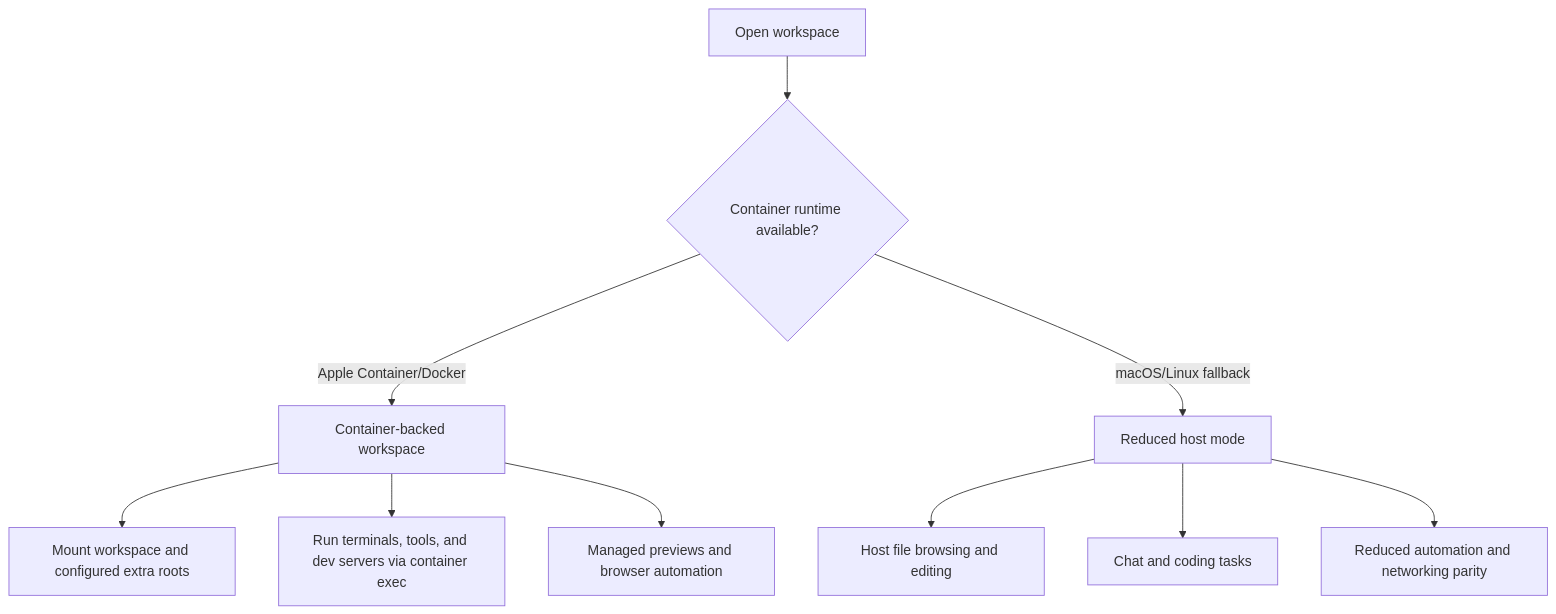
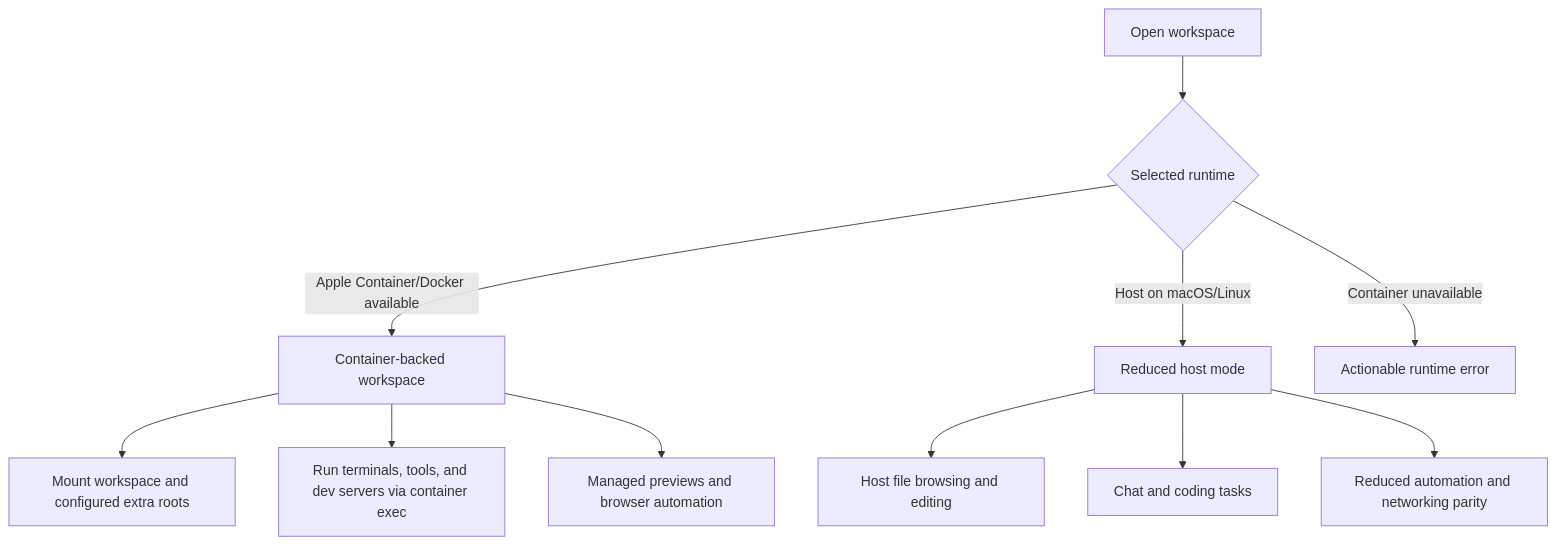
The second of 2 diagrams in apps/docs-site/docs/reference/architecture.md (sero-labs/sero), drawn with Mermaid before and after one commit. The commit also changed other lines of this file and 56 other files, not shown here.

````diff
--- a/apps/docs-site/docs/reference/architecture.md
+++ b/apps/docs-site/docs/reference/architecture.md
@@ -91,14 +91,15 @@
 ```mermaid
 flowchart TD
-  Open[Open workspace] --> Check{Container runtime available?}
-  Check -->|Apple Container/Docker| Container[Container-backed workspace]
-  Check -->|macOS/Linux fallback| Host[Reduced host mode]
+  Open[Open workspace] --> Pick{Selected runtime}
+  Pick -->|Apple Container/Docker available| Container[Container-backed workspace]
+  Pick -->|Host on macOS/Linux| Host[Reduced host mode]
+  Pick -->|Container unavailable| Error[Actionable runtime error]
 
   Container --> Mounts[Mount workspace and configured extra roots]
   Container --> Exec["Run terminals, tools, and dev servers via container exec"]
   Container --> Preview[Managed previews and browser automation]
 
   Host --> HostFiles[Host file browsing and editing]
   Host --> HostChat[Chat and coding tasks]
   Host --> Limits[Reduced automation and networking parity]
 ```
````
